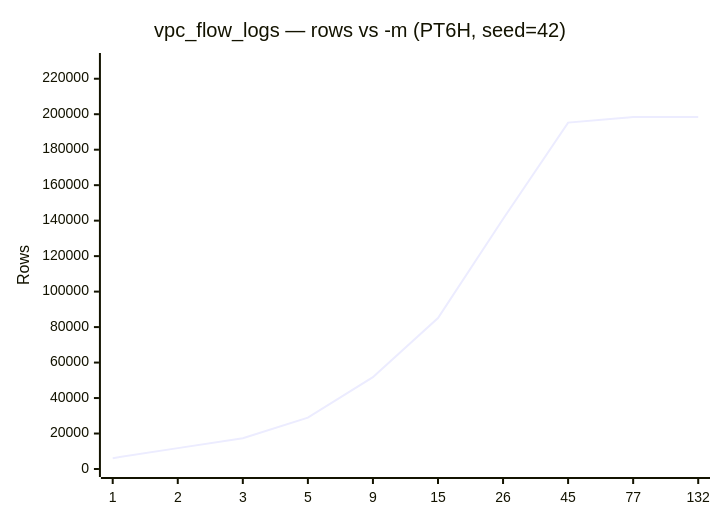
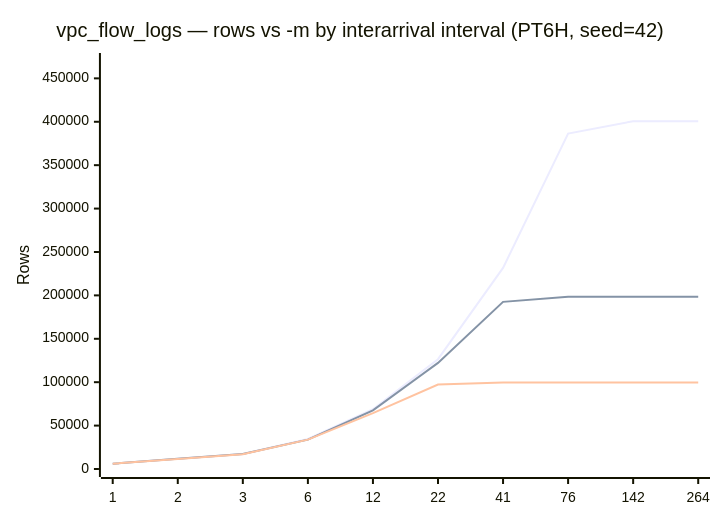
The second of 2 diagrams in docs/presets/vpc_flow_logs.md (implydata/imply-eventgenerator), drawn with Mermaid before and after one commit. The commit also changed other lines of this file and 10 other files, not shown here.

````diff
--- a/docs/presets/vpc_flow_logs.md
+++ b/docs/presets/vpc_flow_logs.md
@@ -76,7 +78,9 @@
 ```mermaid
 xychart-beta
-    title "vpc_flow_logs — rows vs -m (PT6H, seed=42)"
-    x-axis [1, 2, 3, 5, 9, 15, 26, 45, 77, 132]
-    y-axis "Rows" 0 --> 230000
-    line [6116, 11771, 17362, 28940, 51778, 85101, 140958, 195269, 198392, 198392]
+    title "vpc_flow_logs — rows vs -m by interarrival interval (PT6H, seed=42)"
+    x-axis [1, 2, 3, 6, 12, 22, 41, 76, 142, 264]
+    y-axis "Rows" 0 --> 470000
+    line [6115, 11749, 17196, 34522, 68828, 126496, 231698, 386451, 400625, 400625]
+    line [6116, 11771, 17362, 33806, 67583, 122248, 192555, 198392, 198392, 198392]
+    line [6140, 11397, 16878, 33800, 64278, 97322, 99766, 99766, 99766, 99766]
 ```
````
